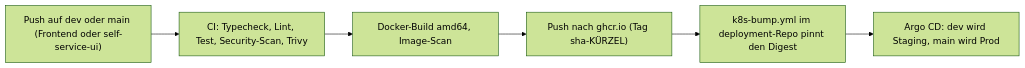
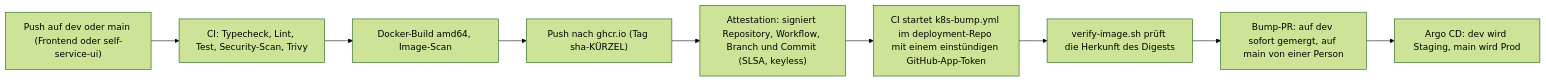
The seventh of 19 diagrams in docs/architecture/architecture.md (DHBW-AppStore-T3/frontend), drawn with Mermaid (forest theme) before and after one commit. The commit also changed other lines of this file and 2 other files, not shown here.

First line of the commit message:
docs(architecture): auf dev-Stand 0005672 / 54130c3 aktualisiert

````diff
--- a/docs/architecture/architecture.md
+++ b/docs/architecture/architecture.md
@@ -512,8 +513,11 @@
 ```mermaid
 flowchart LR
   push["Push auf dev oder main (Frontend oder self-service-ui)"] --> ci["CI: Typecheck, Lint, Test, Security-Scan, Trivy"]
   ci --> build["Docker-Build amd64, Image-Scan"]
   build --> reg["Push nach ghcr.io (Tag sha-KÜRZEL)"]
-  reg --> bump["k8s-bump.yml im deployment-Repo pinnt den Digest"]
-  bump --> argo["Argo CD: dev wird Staging, main wird Prod"]
+  reg --> att["Attestation: signiert Repository, Workflow, Branch und Commit (SLSA, keyless)"]
+  att --> bump["CI startet k8s-bump.yml im deployment-Repo mit einem einstündigen GitHub-App-Token"]
+  bump --> ver["verify-image.sh prüft die Herkunft des Digests"]
+  ver --> pr["Bump-PR: auf dev sofort gemergt, auf main von einer Person"]
+  pr --> argo["Argo CD: dev wird Staging, main wird Prod"]
 ```
````
